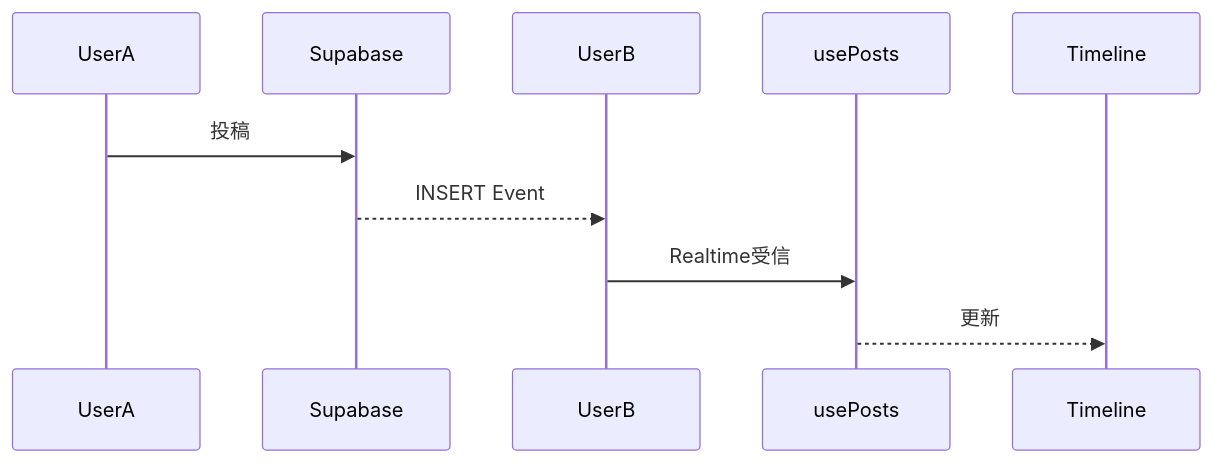
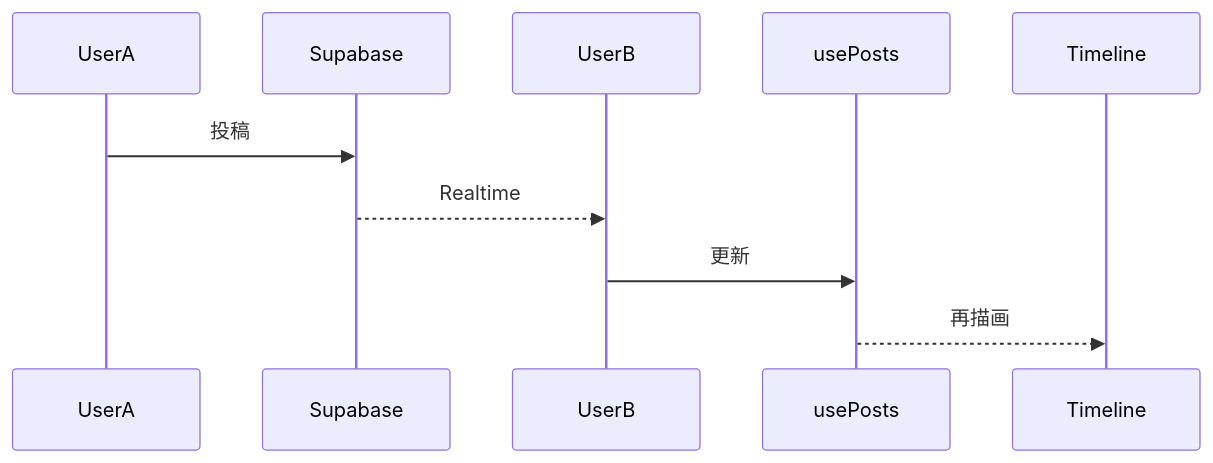
Before and after one commit to you12eve/NightCrySupport: the second of 5 diagrams in DESIGN.md, drawn with Mermaid. The commit also changed other lines of this file and 19 other files, not shown here.

````diff
--- a/DESIGN.md
+++ b/DESIGN.md
@@ -638,15 +1010,15 @@
 ```mermaid
 sequenceDiagram
 
 participant UserA
 participant Supabase
 participant UserB
 
 UserA->>Supabase: 投稿
 
-Supabase-->>UserB: INSERT Event
+Supabase-->>UserB: Realtime
 
-UserB->>usePosts: Realtime受信
+UserB->>usePosts: 更新
 
-usePosts-->>Timeline: 更新
+usePosts-->>Timeline: 再描画
 ```
````
